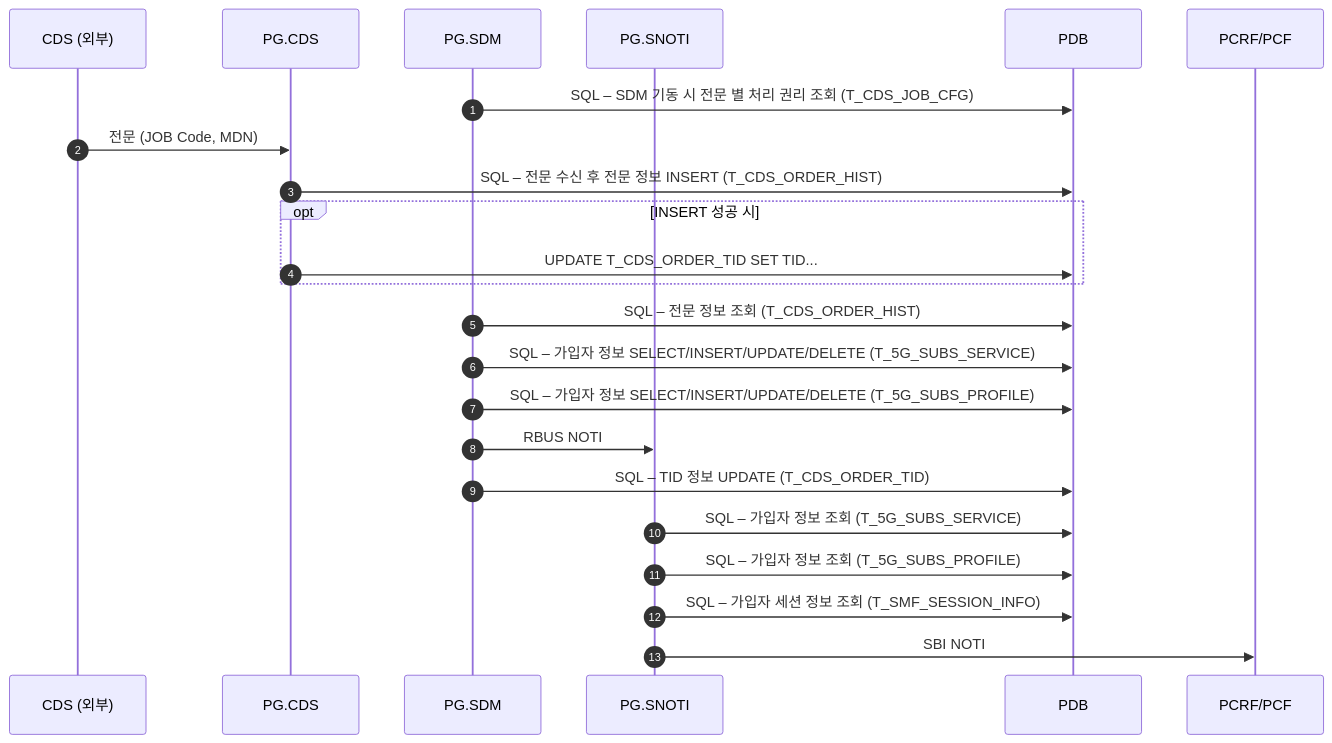
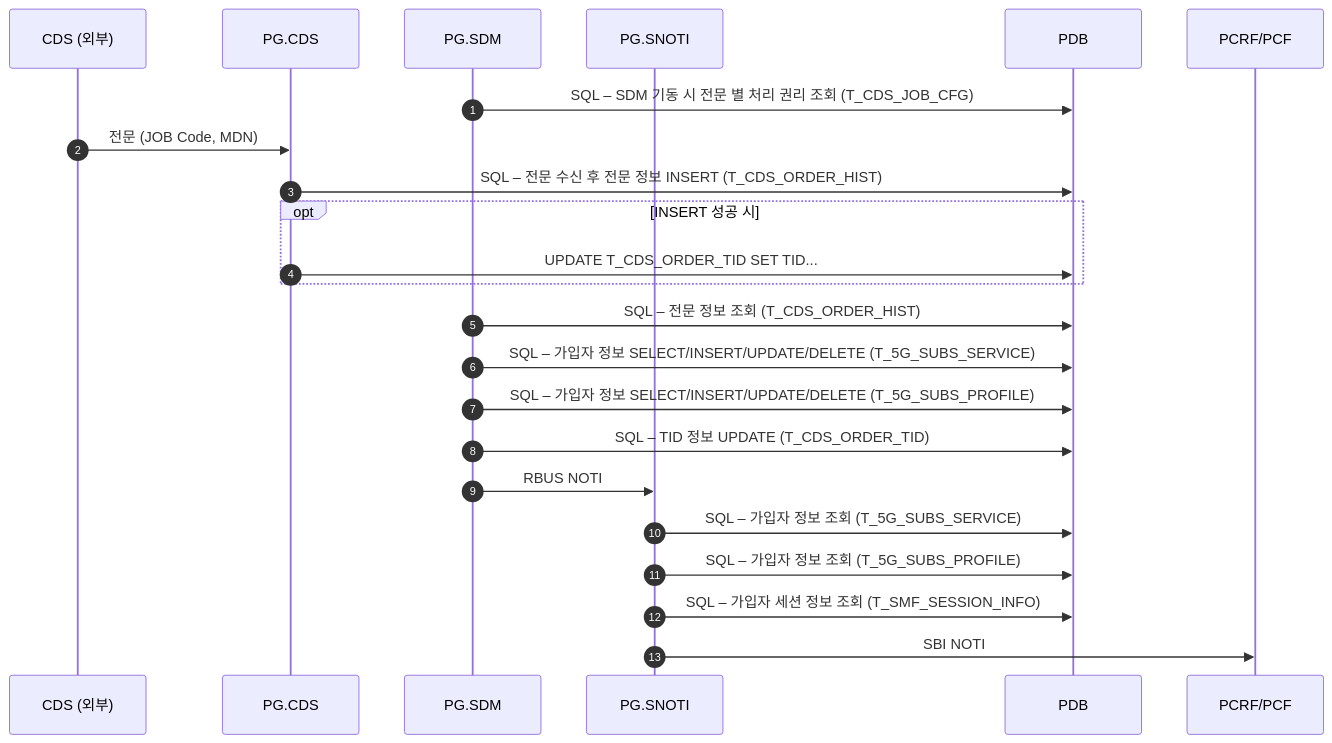
Before and after one commit to IanKim2030/tc4robot: the second of 3 diagrams in docs/callflow/CDS_X1.md, drawn with Mermaid. The commit also changed other lines of this file and 17 other files, not shown here.

First line of the commit message:
docs: SDM 도 가입자 반영 뒤 TID 를 갱신한다 (RBUS NOTI 앞)

````diff
--- a/docs/callflow/CDS_X1.md
+++ b/docs/callflow/CDS_X1.md
@@ -90,26 +90,26 @@
 ```mermaid
 sequenceDiagram
     autonumber
     participant CDS as CDS (외부)
     participant PCDS as PG.CDS
     participant SDM as PG.SDM
     participant SNOTI as PG.SNOTI
     participant PDB as PDB
     participant PCF as PCRF/PCF
 
     SDM->>PDB: SQL – SDM 기동 시 전문 별 처리 권리 조회 (T_CDS_JOB_CFG)
     CDS->>PCDS: 전문 (JOB Code, MDN)
     PCDS->>PDB: SQL – 전문 수신 후 전문 정보 INSERT (T_CDS_ORDER_HIST)
     opt INSERT 성공 시
         PCDS->>PDB: UPDATE T_CDS_ORDER_TID SET TID...
     end
     SDM->>PDB: SQL – 전문 정보 조회 (T_CDS_ORDER_HIST)
     SDM->>PDB: SQL – 가입자 정보 SELECT/INSERT/UPDATE/DELETE (T_5G_SUBS_SERVICE)
     SDM->>PDB: SQL – 가입자 정보 SELECT/INSERT/UPDATE/DELETE (T_5G_SUBS_PROFILE)
+    SDM->>PDB: SQL – TID 정보 UPDATE (T_CDS_ORDER_TID)
     SDM->>SNOTI: RBUS NOTI
-    SDM->>PDB: SQL – TID 정보 UPDATE (T_CDS_ORDER_TID)
     SNOTI->>PDB: SQL – 가입자 정보 조회 (T_5G_SUBS_SERVICE)
     SNOTI->>PDB: SQL – 가입자 정보 조회 (T_5G_SUBS_PROFILE)
     SNOTI->>PDB: SQL – 가입자 세션 정보 조회 (T_SMF_SESSION_INFO)
     SNOTI->>PCF: SBI NOTI
 ```
````
